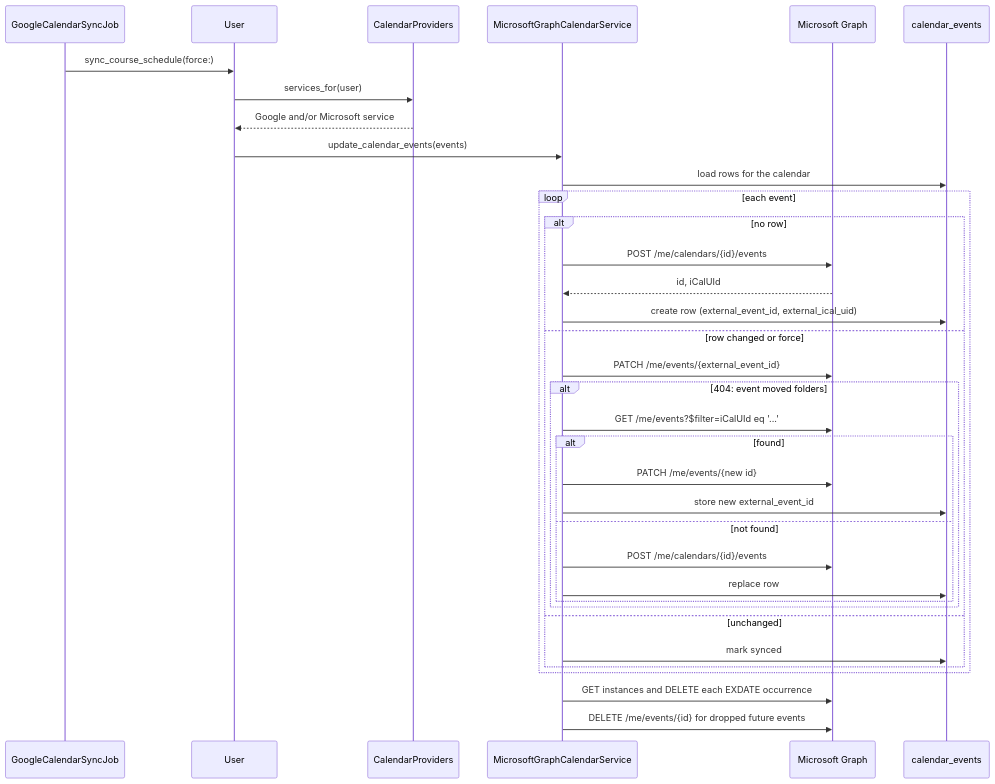
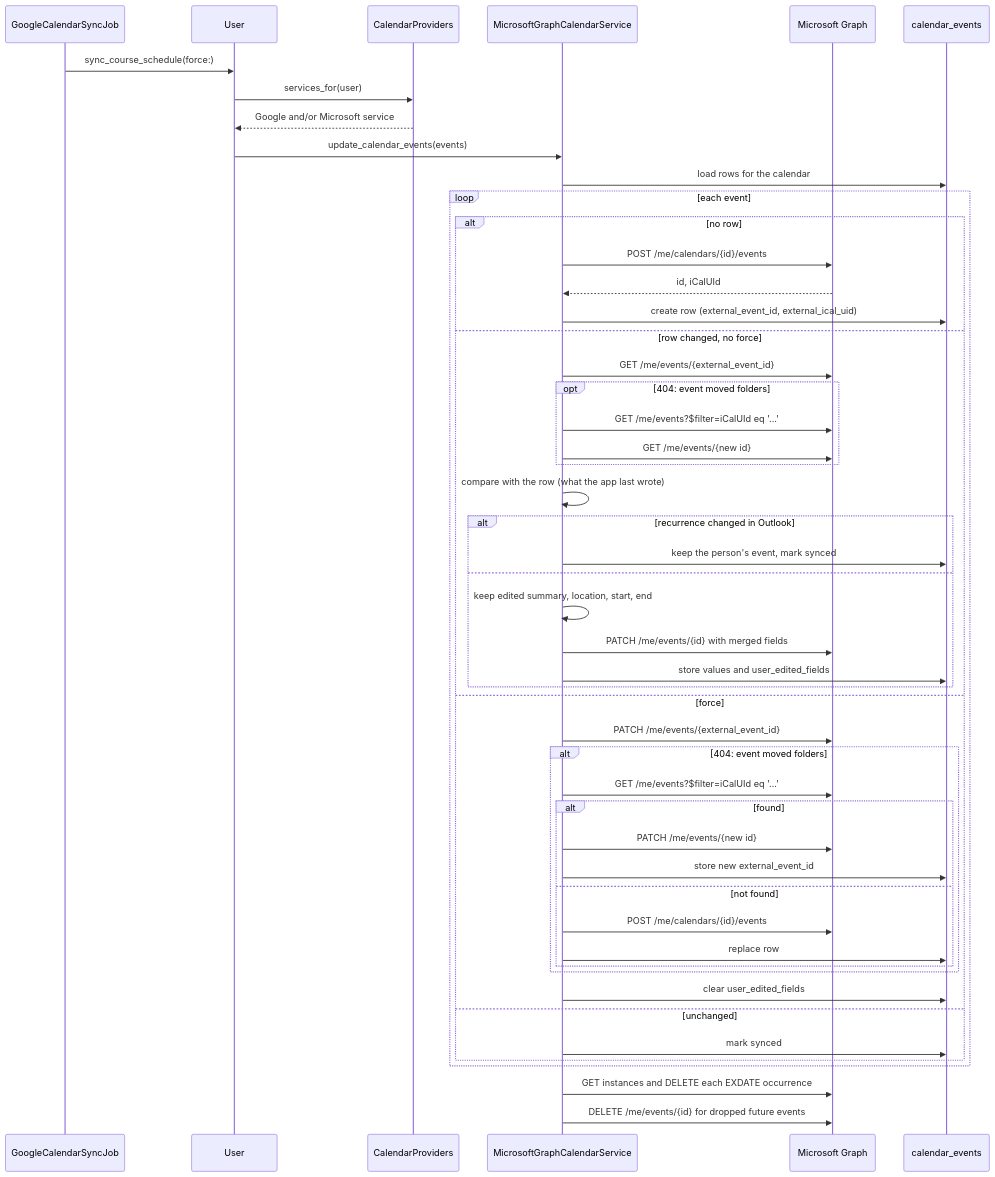
The diagram in docs/microsoft-graph-calendar.md (WITCodingClub/calendar-backend), drawn with Mermaid before and after one commit. The commit also changed other lines of this file and 6 other files, not shown here.

Commit message:
feat: keep edits a person makes to outlook events

````diff
--- a/docs/microsoft-graph-calendar.md
+++ b/docs/microsoft-graph-calendar.md
@@ -55,38 +55,53 @@
 ```mermaid
 sequenceDiagram
     participant Job as GoogleCalendarSyncJob
     participant User as User#sync_course_schedule
     participant Providers as CalendarProviders
     participant MS as MicrosoftGraphCalendarService
     participant Graph as Microsoft Graph
     participant DB as calendar_events
 
     Job->>User: sync_course_schedule(force:)
     User->>Providers: services_for(user)
     Providers-->>User: Google and/or Microsoft service
     User->>MS: update_calendar_events(events)
     MS->>DB: load rows for the calendar
     loop each event
         alt no row
             MS->>Graph: POST /me/calendars/{id}/events
             Graph-->>MS: id, iCalUId
             MS->>DB: create row (external_event_id, external_ical_uid)
-        else row changed or force
+        else row changed, no force
+            MS->>Graph: GET /me/events/{external_event_id}
+            opt 404: event moved folders
+                MS->>Graph: GET /me/events?$filter=iCalUId eq '...'
+                MS->>Graph: GET /me/events/{new id}
+            end
+            MS->>MS: compare with the row (what the app last wrote)
+            alt recurrence changed in Outlook
+                MS->>DB: keep the person's event, mark synced
+            else
+                MS->>MS: keep edited summary, location, start, end
+                MS->>Graph: PATCH /me/events/{id} with merged fields
+                MS->>DB: store values and user_edited_fields
+            end
+        else force
             MS->>Graph: PATCH /me/events/{external_event_id}
             alt 404: event moved folders
                 MS->>Graph: GET /me/events?$filter=iCalUId eq '...'
                 alt found
                     MS->>Graph: PATCH /me/events/{new id}
                     MS->>DB: store new external_event_id
                 else not found
                     MS->>Graph: POST /me/calendars/{id}/events
                     MS->>DB: replace row
                 end
             end
+            MS->>DB: clear user_edited_fields
         else unchanged
             MS->>DB: mark synced
         end
     end
     MS->>Graph: GET instances and DELETE each EXDATE occurrence
     MS->>Graph: DELETE /me/events/{id} for dropped future events
 ```
````
